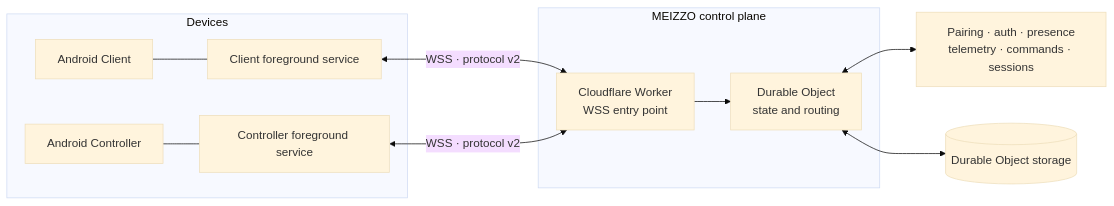
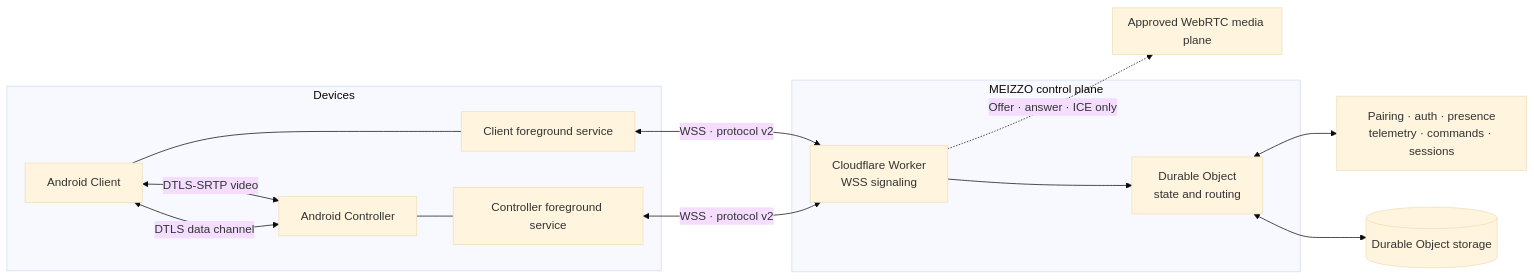
The first of 2 diagrams in README.md (rakhan17/Meizzo), drawn with Mermaid (base theme) before and after one commit. The commit also changed other lines of this file, not shown here.

Commit message:
docs(v3): align README with Android remote media implementation

````diff
--- a/README.md
+++ b/README.md
@@ -149,22 +150,28 @@
 ```mermaid
 flowchart LR
   subgraph Devices
     C[Android Client]
     O[Android Controller]
     CS[Client foreground service]
     OS[Controller foreground service]
     C --- CS
     O --- OS
   end
 
   subgraph ControlPlane["MEIZZO control plane"]
-    W[Cloudflare Worker<br/>WSS entry point]
+    W[Cloudflare Worker<br/>WSS signaling]
     D[Durable Object<br/>state and routing]
     W --> D
+  end
+
+  subgraph MediaPlane["Approved WebRTC media plane"]
+    C <-->|DTLS-SRTP video| O
+    C <-->|DTLS data channel| O
   end
 
   CS <-->|WSS · protocol v2| W
   OS <-->|WSS · protocol v2| W
   D <--> P[Pairing · auth · presence<br/>telemetry · commands · sessions]
   D <--> S[(Durable Object storage)]
+  W -.->|Offer · answer · ICE only| MediaPlane
 ```
````
